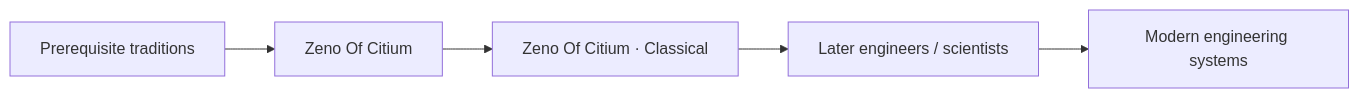
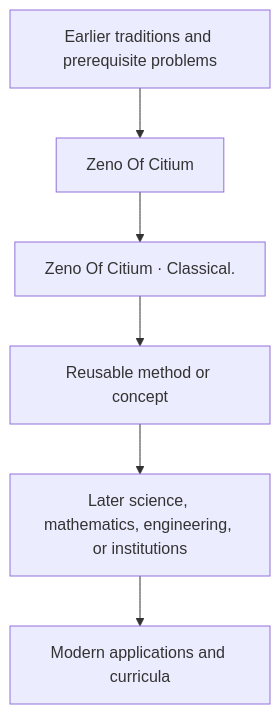
Before and after one commit to via-decide/ViaLogic: the diagram in docs/history/zeno-of-citium/influence.md, drawn with Mermaid. The commit also changed other lines of this file and 858 other files, not shown here.

````diff
--- a/docs/history/zeno-of-citium/influence.md
+++ b/docs/history/zeno-of-citium/influence.md
@@ -29,7 +16,8 @@
 ```mermaid
-graph LR
-  prerequisites["Prerequisite traditions"] --> current["Zeno Of Citium"]
-  current --> contribution["Zeno Of Citium · Classical"]
-  contribution --> successors["Later engineers / scientists"]
-  successors --> modern["Modern engineering systems"]
+graph TD
+  Prior[Earlier traditions and prerequisite problems] --> Person[Zeno Of Citium]
+  Person --> Contribution[Zeno Of Citium · Classical.]
+  Contribution --> Method[Reusable method or concept]
+  Method --> Later[Later science, mathematics, engineering, or institutions]
+  Later --> Modern[Modern applications and curricula]
 ```
````
